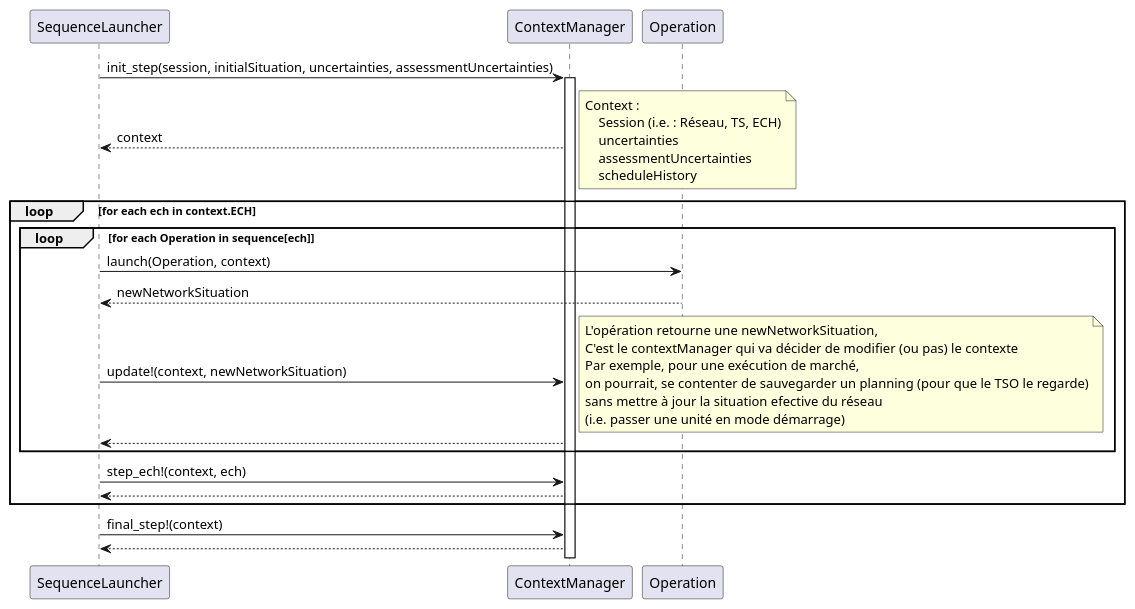
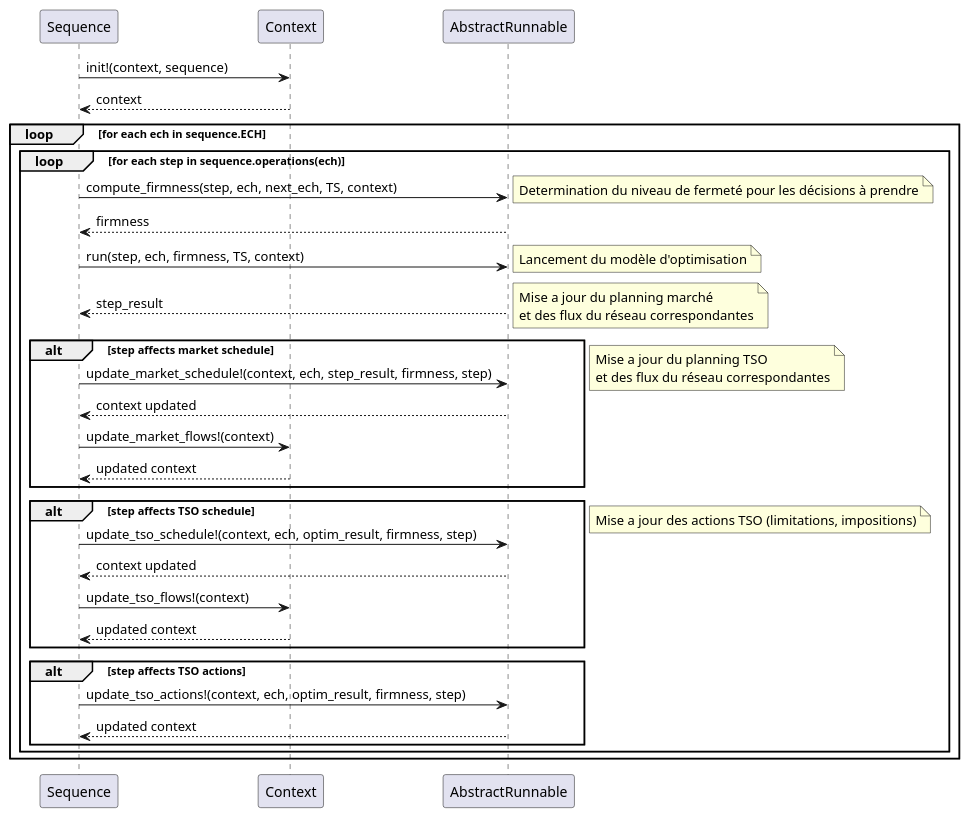
Before and after one commit to eleonore-kaplan/pscopf: the diagram in docs/src/figs_design/sd_design_sequence_launcher.pu, drawn with PlantUML. The commit also changed 25 other files, not shown here.

```diff
--- a/docs/src/figs_design/sd_design_sequence_launcher.pu
+++ b/docs/src/figs_design/sd_design_sequence_launcher.pu
@@ -1,38 +1,54 @@
 @startuml sd_design_sequence_launcher
 
-SequenceLauncher  -> ContextManager : init_step(session, initialSituation, uncertainties, assessmentUncertainties)
-activate ContextManager
-SequenceLauncher <-- ContextManager : context
-note right
-    Context :
-        Session (i.e. : Réseau, TS, ECH)
-        uncertainties
-        assessmentUncertainties
-        scheduleHistory
-end note
+Sequence  -> Context : init!(context, sequence)
+Sequence <-- Context : context
 
-loop for each ech in context.ECH
-    loop for each Operation in sequence[ech]
-        SequenceLauncher  -> Operation : launch(Operation, context)
-	    SequenceLauncher <-- Operation : newNetworkSituation
+loop for each ech in sequence.ECH
+    loop for each step in sequence.operations(ech)
+        ' Sequence  -> AbstractRunnable : run_step!(context, step, ech, next_ech)
+        Sequence  -> AbstractRunnable : compute_firmness(step, ech, next_ech, TS, context)
+        note right
+            Determination du niveau de fermeté pour les décisions à prendre
+        end note
+        Sequence  <-- AbstractRunnable : firmness
 
-        SequenceLauncher  -> ContextManager : update!(context, newNetworkSituation)
+        Sequence  -> AbstractRunnable : run(step, ech, firmness, TS, context)
         note right
-            L'opération retourne une newNetworkSituation,
-            C'est le contextManager qui va décider de modifier (ou pas) le contexte
-            Par exemple, pour une exécution de marché,
-            on pourrait, se contenter de sauvegarder un planning (pour que le TSO le regarde)
-            sans mettre à jour la situation efective du réseau
-            (i.e. passer une unité en mode démarrage)
+            Lancement du modèle d'optimisation
         end note
-	    SequenceLauncher <-- ContextManager
+        Sequence  <-- AbstractRunnable : step_result
+
+        alt step affects market schedule
+            note right
+                Mise a jour du planning marché
+                et des flux du réseau correspondantes
+            end note
+            Sequence  -> AbstractRunnable : update_market_schedule!(context, ech, step_result, firmness, step)
+            Sequence  <-- AbstractRunnable : context updated
+            Sequence  -> Context : update_market_flows!(context)
+            Sequence  <-- Context : updated context
+        end
+
+        alt step affects TSO schedule
+            note right
+                Mise a jour du planning TSO
+                et des flux du réseau correspondantes
+            end note
+            Sequence  -> AbstractRunnable : update_tso_schedule!(context, ech, optim_result, firmness, step)
+            Sequence  <-- AbstractRunnable : context updated
+            Sequence  -> Context : update_tso_flows!(context)
+            Sequence  <-- Context : updated context
+        end
+
+        alt step affects TSO actions
+            note right
+                Mise a jour des actions TSO (limitations, impositions)
+            end note
+            Sequence  -> AbstractRunnable : update_tso_actions!(context, ech, optim_result, firmness, step)
+            Sequence  <-- AbstractRunnable : updated context
+        end
     end
 
-    SequenceLauncher  -> ContextManager : step_ech!(context, ech)
-    SequenceLauncher <-- ContextManager
 end
 
-SequenceLauncher  -> ContextManager : final_step!(context)
-SequenceLauncher <-- ContextManager
-
 @enduml
```
